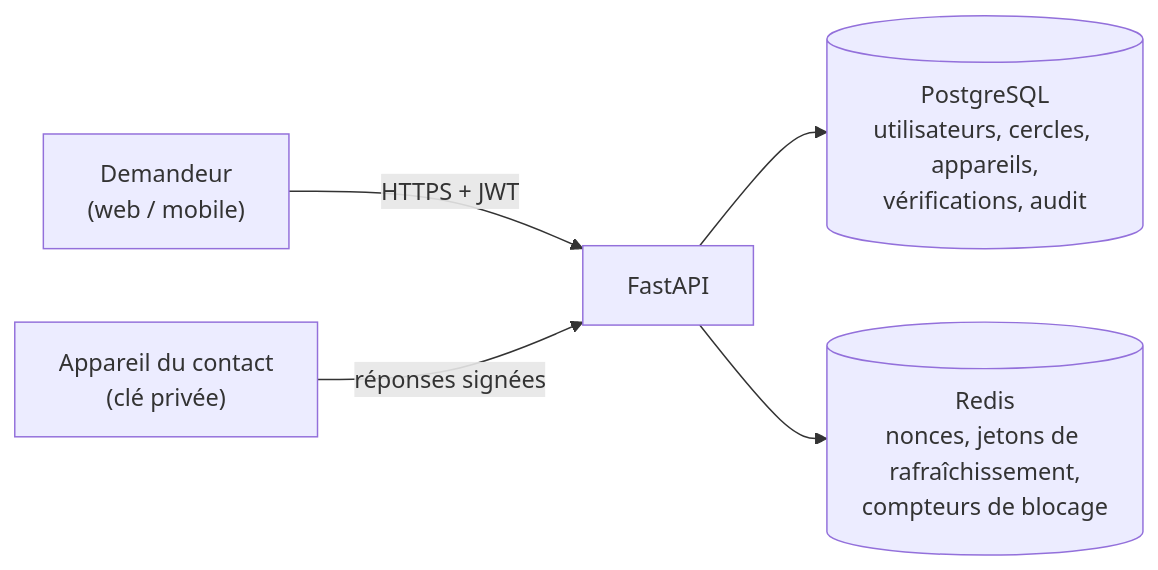
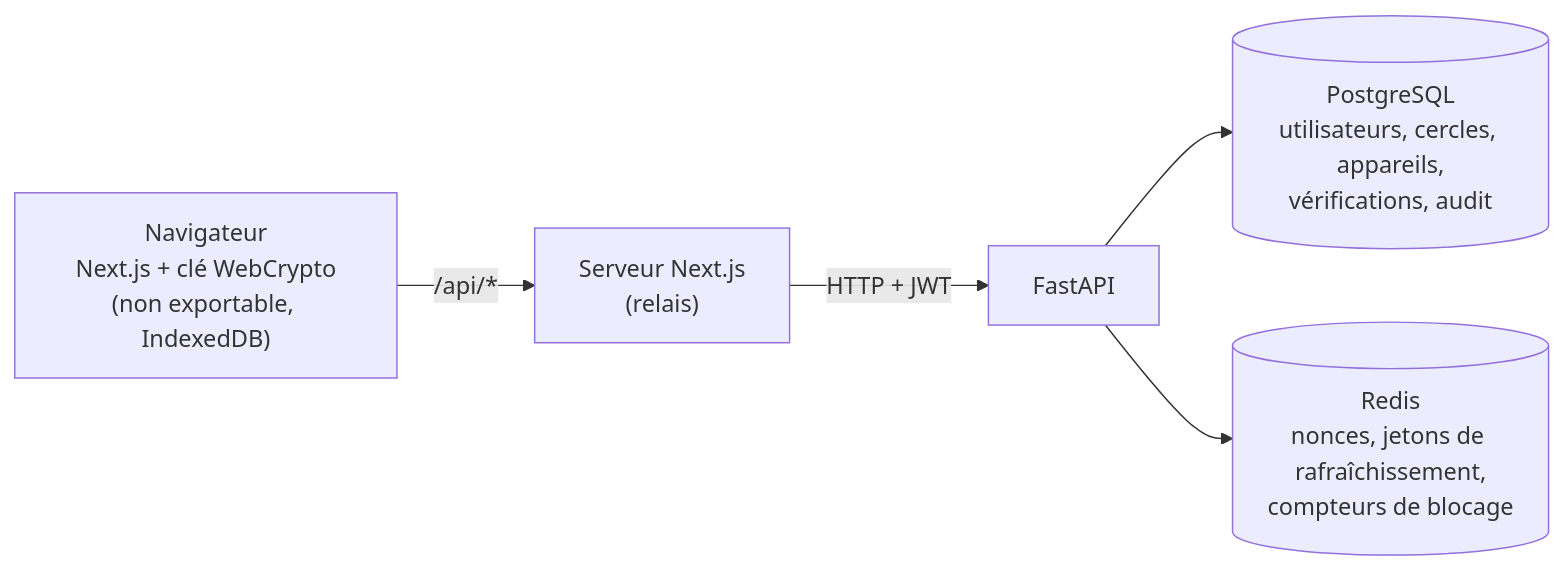
The second of 2 diagrams in README.fr.md (houssembalbali1234/echoshield), drawn with Mermaid before and after one commit. The commit also changed other lines of this file and 1 other file, not shown here.

Commit message:
README : application web, clés WebCrypto, guide de test et limites connues

````diff
--- a/README.fr.md
+++ b/README.fr.md
@@ -58,7 +60,7 @@
 ```mermaid
 flowchart LR
-    P["Demandeur<br/>(web / mobile)"] -->|HTTPS + JWT| API["FastAPI"]
-    D["Appareil du contact<br/>(clé privée)"] -->|réponses signées| API
+    B["Navigateur<br/>Next.js + clé WebCrypto<br/>(non exportable, IndexedDB)"] -->|/api/*| N["Serveur Next.js<br/>(relais)"]
+    N -->|HTTP + JWT| API["FastAPI"]
     API --> PG[("PostgreSQL<br/>utilisateurs, cercles, appareils,<br/>vérifications, audit")]
     API --> RD[("Redis<br/>nonces, jetons de rafraîchissement,<br/>compteurs de blocage")]
 ```
````
